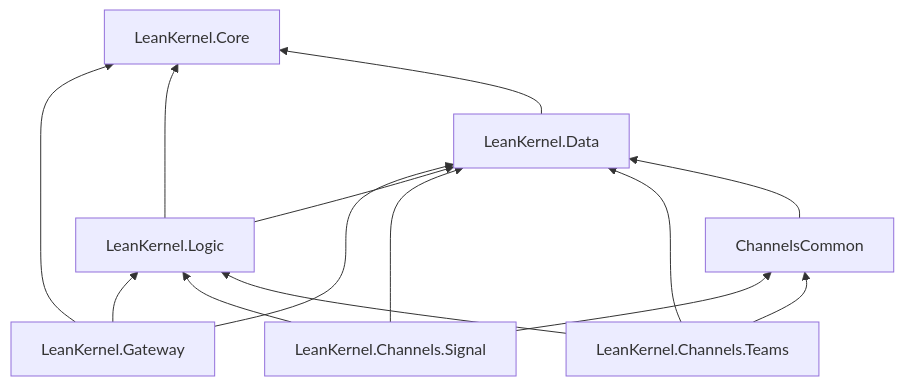
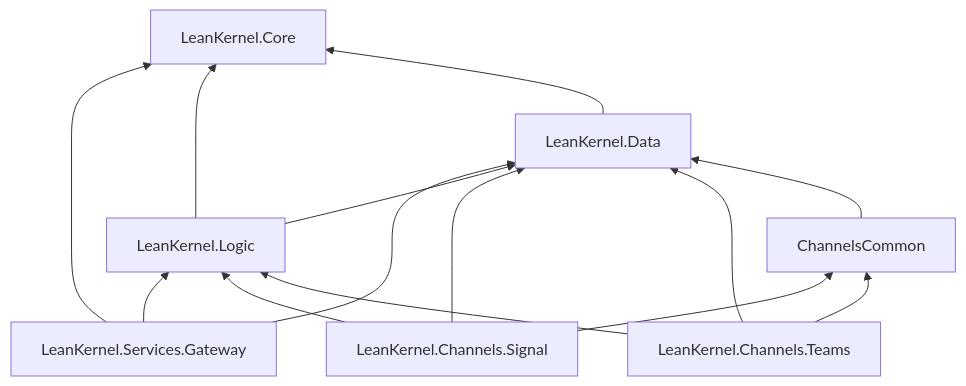
One commit to achingono/leankernel changed the diagram in docs/architecture/solution-structure.md. Above: the diagram before and after it, drawn with Mermaid. The commit also changed other lines of this file and 235 other files, not shown here.

````diff
--- a/docs/architecture/solution-structure.md
+++ b/docs/architecture/solution-structure.md
@@ -33,20 +33,20 @@
 ```mermaid
 flowchart BT
-    Gateway[LeanKernel.Gateway] --> Logic[LeanKernel.Logic]
+    Gateway[LeanKernel.Services.Gateway] --> Logic[LeanKernel.Logic]
     Gateway --> Data[LeanKernel.Data]
     Gateway --> Core[LeanKernel.Core]
 
     Logic --> Data
     Logic --> Core
 
     Signal[LeanKernel.Channels.Signal] --> Data
     Signal --> Logic
     Signal --> ChannelsCommon
 
     Teams[LeanKernel.Channels.Teams] --> Data
     Teams --> Logic
     Teams --> ChannelsCommon
 
     ChannelsCommon --> Data
     Data --> Core
 ```
````
